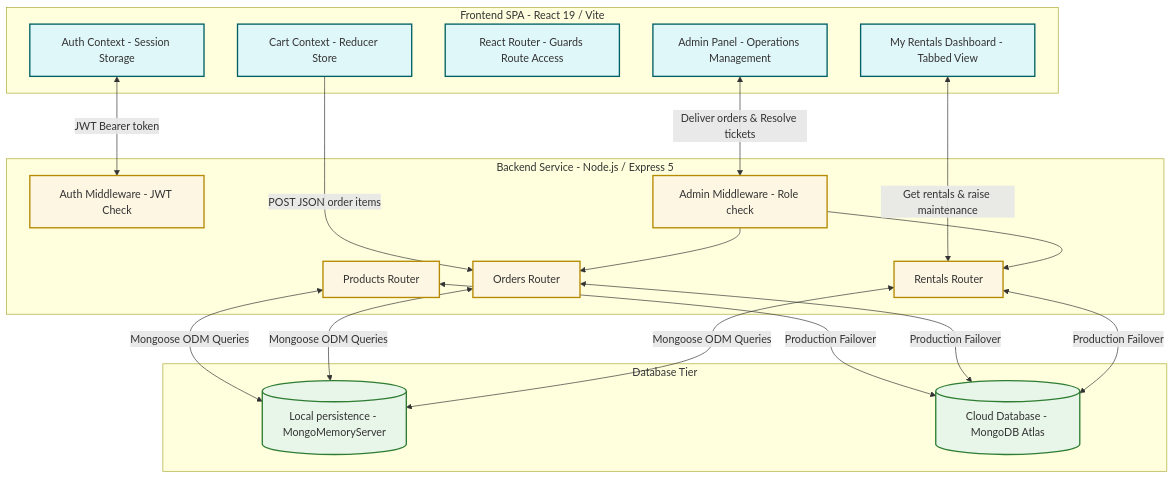
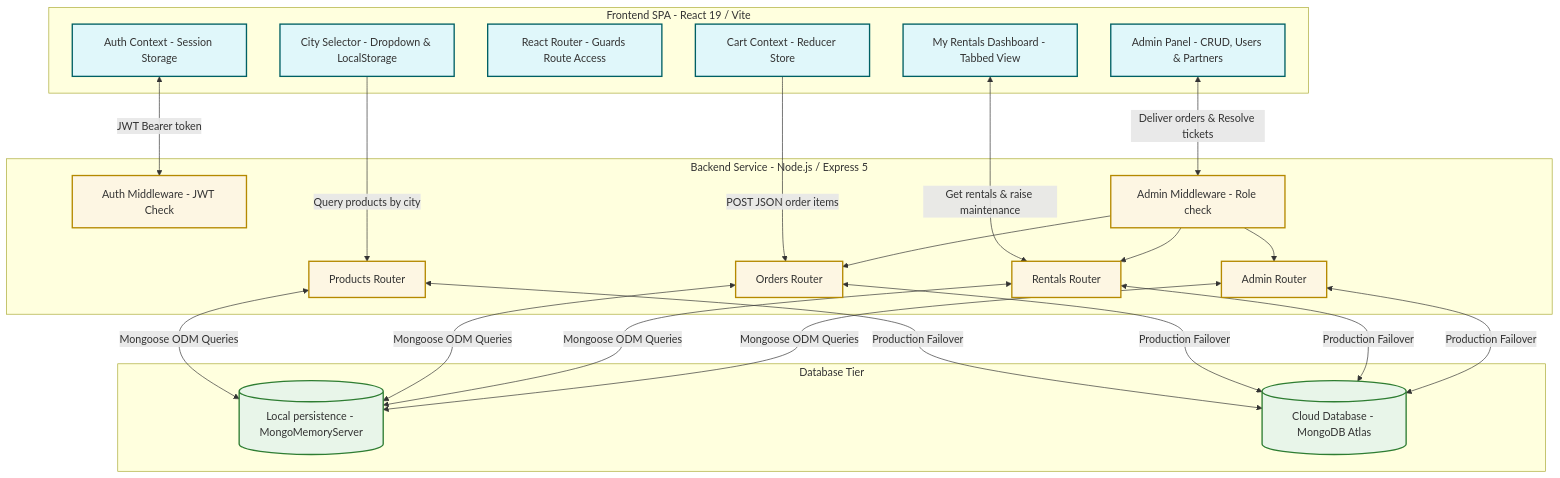
Before and after one commit to harshal-fullstack/RentEase: the second of 2 diagrams in README.md, drawn with Mermaid. The commit also changed other lines of this file, not shown here.

````diff
--- a/README.md
+++ b/README.md
@@ -101,41 +106,44 @@
 ```mermaid
 graph TD
     %% Styling
     classDef client fill:#e0f7fa,stroke:#006064,stroke-width:2px;
     classDef server fill:#fdf6e3,stroke:#b58900,stroke-width:2px;
     classDef db fill:#e8f5e9,stroke:#2e7d32,stroke-width:2px;
 
     %% Frontend Block
     subgraph Client Application [Frontend SPA - React 19 / Vite]
         AuthCtx[Auth Context - Session Storage]:::client
         CartCtx[Cart Context - Reducer Store]:::client
         UIRouter[React Router - Guards Route Access]:::client
+        CitySel[City Selector - Dropdown & LocalStorage]:::client
         MyRentDashboard[My Rentals Dashboard - Tabbed View]:::client
-        AdminCtrl[Admin Panel - Operations Management]:::client
+        AdminCtrl[Admin Panel - CRUD, Users & Partners]:::client
     end
 
     %% Backend Block
     subgraph API Server [Backend Service - Node.js / Express 5]
         AuthGuard[Auth Middleware - JWT Check]:::server
         AdminGuard[Admin Middleware - Role check]:::server
         ProdController[Products Router]:::server
         OrderController[Orders Router]:::server
         RentController[Rentals Router]:::server
+        AdminController[Admin Router]:::server
     end
 
     %% Database Block
     subgraph Storage [Database Tier]
         MongoMem[(Local persistence - MongoMemoryServer)]:::db
         Atlas[(Cloud Database - MongoDB Atlas)]:::db
     end
 
     %% Interconnection edges
     AuthCtx <-->|JWT Bearer token| AuthGuard
     CartCtx -->|POST JSON order items| OrderController
+    CitySel -->|Query products by city| ProdController
     MyRentDashboard <-->|Get rentals & raise maintenance| RentController
     AdminCtrl <-->|Deliver orders & Resolve tickets| AdminGuard
-    AdminGuard --> RentController & OrderController
+    AdminGuard --> RentController & OrderController & AdminController
     
-    ProdController & OrderController & RentController <-->|Mongoose ODM Queries| MongoMem
-    ProdController & OrderController & RentController <-->|Production Failover| Atlas
+    ProdController & OrderController & RentController & AdminController <-->|Mongoose ODM Queries| MongoMem
+    ProdController & OrderController & RentController & AdminController <-->|Production Failover| Atlas
 ```
````
